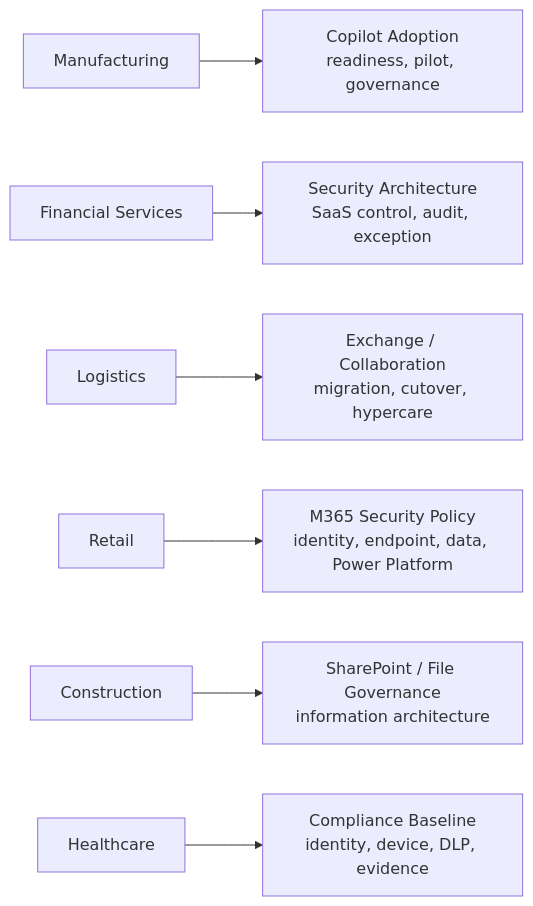
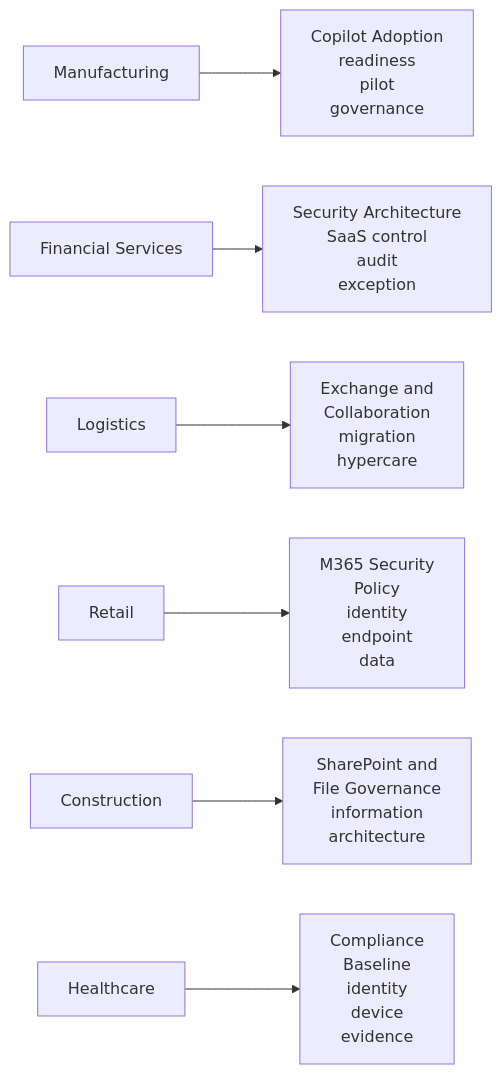
The second of 3 diagrams in docs/projects/customer-success-reference-patterns.md (Eric841001/Eric841001.github.io), drawn with Mermaid before and after one commit. The commit also changed other lines of this file and 5 other files, not shown here.

Commit message:
Fix Mermaid diagram text clipping

````diff
--- a/docs/projects/customer-success-reference-patterns.md
+++ b/docs/projects/customer-success-reference-patterns.md
@@ -52,9 +52,9 @@
 ```mermaid
 flowchart LR
-  Manufacturing["Manufacturing"] --> Copilot["Copilot Adoption\nreadiness, pilot, governance"]
-  Finance["Financial Services"] --> Security["Security Architecture\nSaaS control, audit, exception"]
-  Logistics["Logistics"] --> Migration["Exchange / Collaboration\nmigration, cutover, hypercare"]
-  Retail["Retail"] --> Policy["M365 Security Policy\nidentity, endpoint, data, Power Platform"]
-  Construction["Construction"] --> IA["SharePoint / File Governance\ninformation architecture"]
-  Healthcare["Healthcare"] --> Compliance["Compliance Baseline\nidentity, device, DLP, evidence"]
+  Manufacturing["Manufacturing"] --> Copilot["Copilot Adoption<br/>readiness<br/>pilot<br/>governance"]
+  Finance["Financial Services"] --> Security["Security Architecture<br/>SaaS control<br/>audit<br/>exception"]
+  Logistics["Logistics"] --> Migration["Exchange and<br/>Collaboration<br/>migration<br/>hypercare"]
+  Retail["Retail"] --> Policy["M365 Security<br/>Policy<br/>identity<br/>endpoint<br/>data"]
+  Construction["Construction"] --> IA["SharePoint and<br/>File Governance<br/>information<br/>architecture"]
+  Healthcare["Healthcare"] --> Compliance["Compliance<br/>Baseline<br/>identity<br/>device<br/>evidence"]
 ```
````
